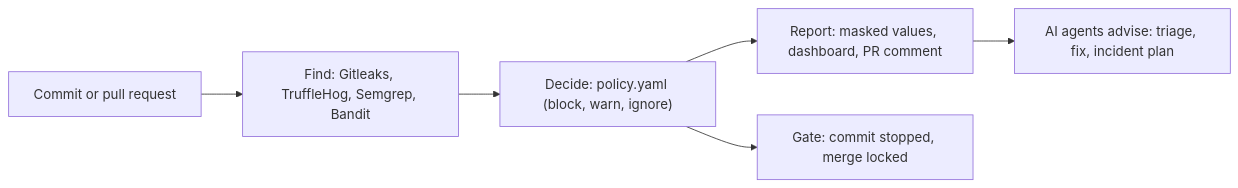
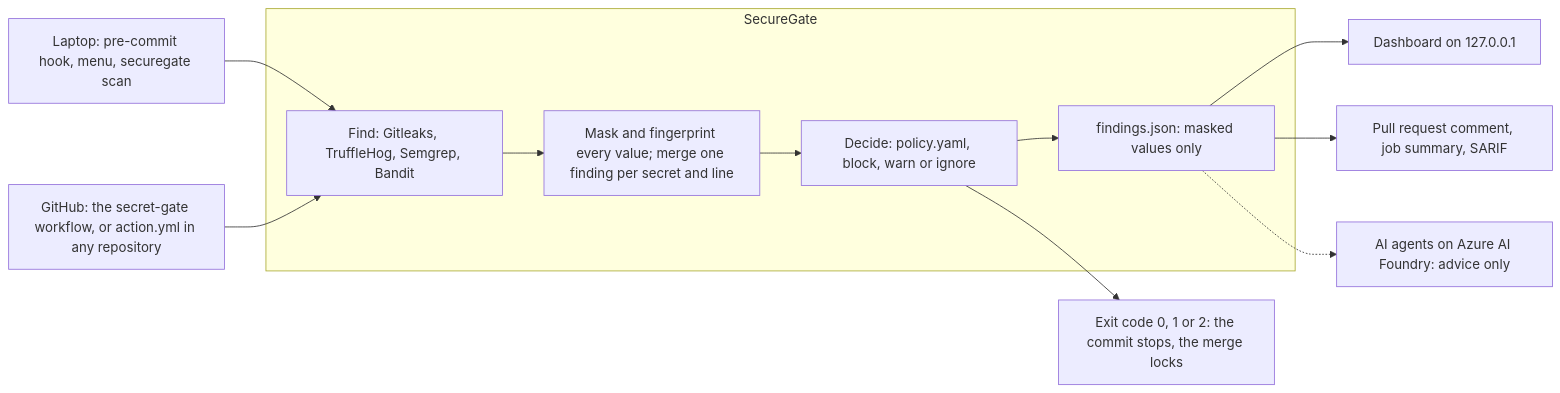
One commit to Bhavik-Kadian/Nexora changed the diagram in README.md. Above: the diagram before and after it, drawn with Mermaid. The commit also changed other lines of this file and 4 other files, not shown here.

````diff
--- a/README.md
+++ b/README.md
@@ -7,8 +55,14 @@
 ```mermaid
 flowchart LR
-    A["Commit or pull request"] --> B["Find: Gitleaks, TruffleHog, Semgrep, Bandit"]
-    B --> C["Decide: policy.yaml (block, warn, ignore)"]
-    C --> D["Report: masked values, dashboard, PR comment"]
-    C --> E["Gate: commit stopped, merge locked"]
-    D --> F["AI agents advise: triage, fix, incident plan"]
+    L["Laptop: pre-commit hook, menu, securegate scan"] --> S
+    G["GitHub: the secret-gate workflow, or action.yml in any repository"] --> S
+    subgraph engine["SecureGate"]
+        S["Find: Gitleaks, TruffleHog, Semgrep, Bandit"] --> M["Mask and fingerprint every value; merge one finding per secret and line"]
+        M --> P["Decide: policy.yaml, block, warn or ignore"]
+        P --> R["findings.json: masked values only"]
+    end
+    P --> X["Exit code 0, 1 or 2: the commit stops, the merge locks"]
+    R --> D["Dashboard on 127.0.0.1"]
+    R --> C["Pull request comment, job summary, SARIF"]
+    R -.-> A["AI agents on Azure AI Foundry: advice only"]
 ```
````
